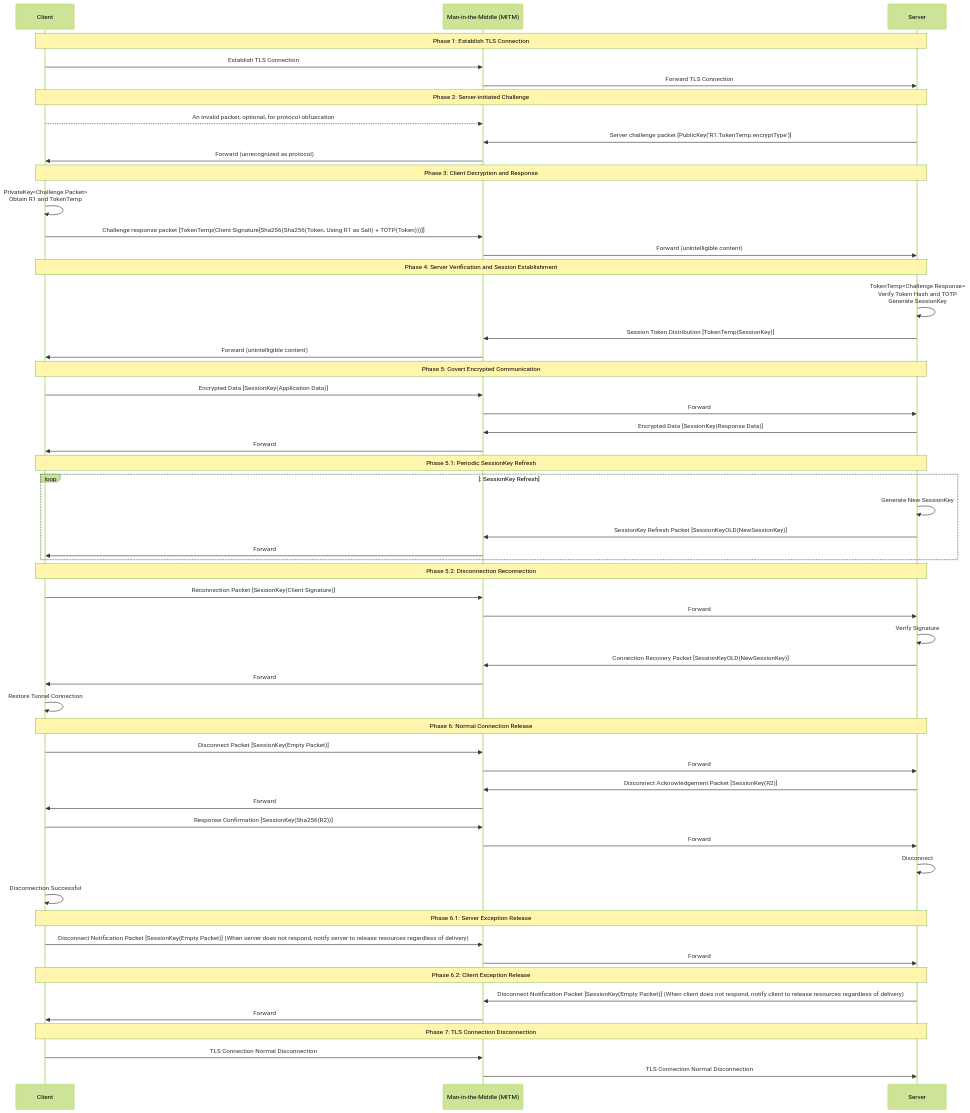
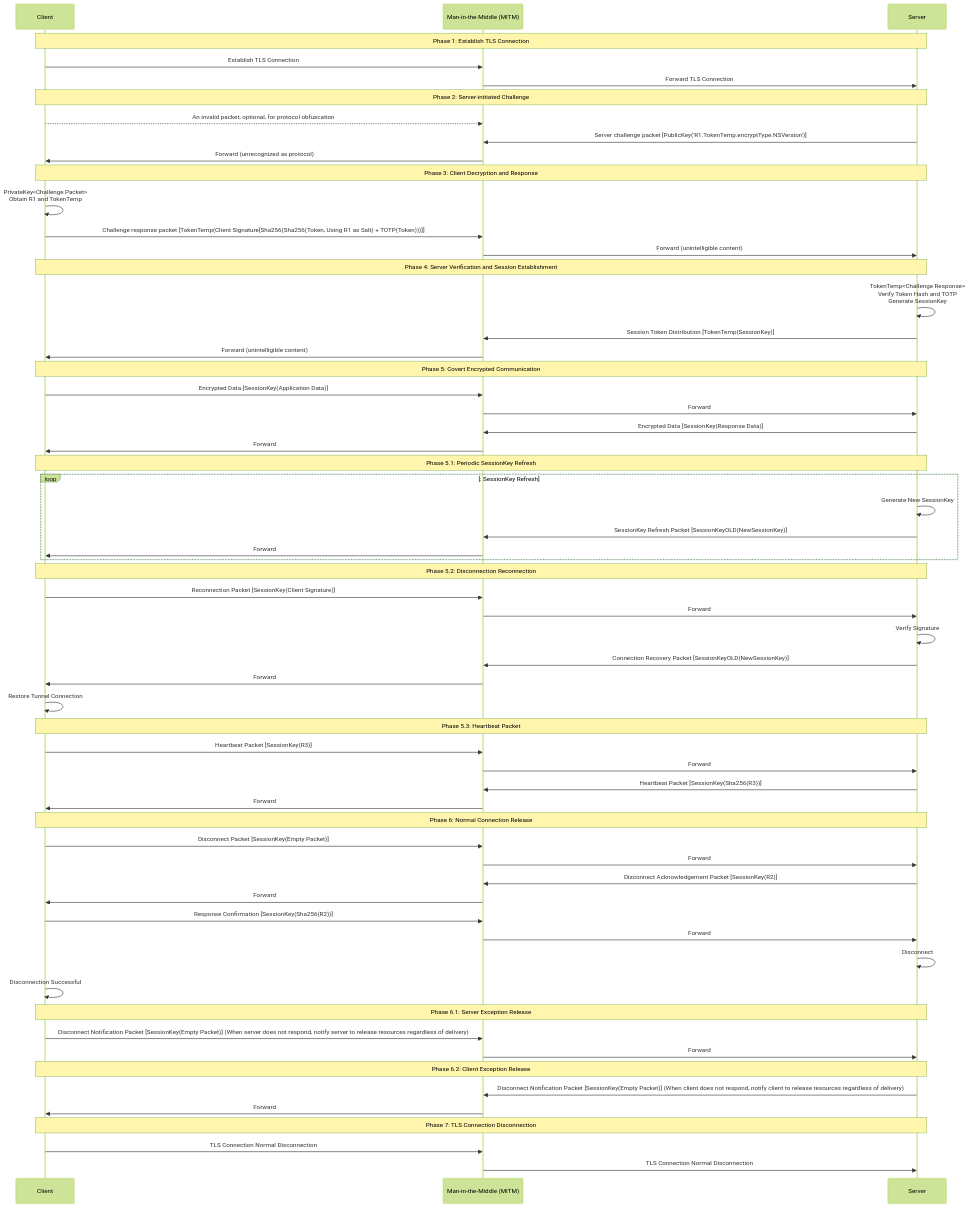
One commit to cube-open/NitroSocks changed the diagram in docs/enus.md. Above: the diagram before and after it, drawn with Mermaid (forest theme). The commit also changed other lines of this file, not shown here.

````diff
--- a/docs/enus.md
+++ b/docs/enus.md
@@ -9,69 +19,74 @@
 ```mermaid
 sequenceDiagram
     participant C as Client
     participant M as Man-in-the-Middle (MITM)
     participant S as Server
 
     Note over C,S: Phase 1: Establish TLS Connection
     C->>M: Establish TLS Connection
     M->>S: Forward TLS Connection
-    
+
     Note over C,S: Phase 2: Server-initiated Challenge
     C-->>M: An invalid packet, optional, for protocol obfuscation
-    S->>M: Server challenge packet [PublicKey('R1.TokenTemp.encryptType')]
+    S->>M: Server challenge packet [PublicKey('R1.TokenTemp.encryptType.NSVersion')]
     M->>C: Forward (unrecognized as protocol)
-    
+
     Note over C,S: Phase 3: Client Decryption and Response
     C->>C: PrivateKey<Challenge Packet><br>Obtain R1 and TokenTemp
-    C->>M: Challenge response packet [TokenTemp(Client Signature[Sha256(Sha256(Token, Using R1 as Salt) + TOTP(Token)))]] 
+    C->>M: Challenge response packet [TokenTemp(Client Signature[Sha256(Sha256(Token, Using R1 as Salt) + TOTP(Token)))]]
     M->>S: Forward (unintelligible content)
-    
+
     Note over C,S: Phase 4: Server Verification and Session Establishment
     S->>S: TokenTemp<Challenge Response><br>Verify Token Hash and TOTP<br>Generate SessionKey
     S->>M: Session Token Distribution [TokenTemp(SessionKey)]
     M->>C: Forward (unintelligible content)
-    
+
     Note over C,S: Phase 5: Covert Encrypted Communication
     C->>M: Encrypted Data [SessionKey(Application Data)]
     M->>S: Forward
     S->>M: Encrypted Data [SessionKey(Response Data)]
     M->>C: Forward
 
     Note over C,S: Phase 5.1: Periodic SessionKey Refresh
     loop: SessionKey Refresh
     S->>S: Generate New SessionKey
     S->>M: SessionKey Refresh Packet [SessionKeyOLD(NewSessionKey)]
     M->>C: Forward
     End
 
     Note over C,S: Phase 5.2: Disconnection Reconnection
     C->>M: Reconnection Packet [SessionKey(Client Signature)]
     M->>S: Forward
     S->>S: Verify Signature
     S->>M: Connection Recovery Packet [SessionKeyOLD(NewSessionKey)]
     M->>C: Forward
     C->>C: Restore Tunnel Connection
 
+    Note over C,S: Phase 5.3: Heartbeat Packet
+    C->>M: Heartbeat Packet [SessionKey(R3)]
+    M->>S: Forward
+    S->>M: Heartbeat Packet [SessionKey(Sha256(R3))]
+    M->>C: Forward
+
     Note over C,S: Phase 6: Normal Connection Release
     C->>M: Disconnect Packet [SessionKey(Empty Packet)]
     M->>S: Forward
     S->>M: Disconnect Acknowledgement Packet [SessionKey(R2)]
     M->>C: Forward
     C->>M: Response Confirmation [SessionKey(Sha256(R2))]
     M->>S: Forward
     S->>S: Disconnect
     C->>C: Disconnection Successful
 
     Note over C,S: Phase 6.1: Server Exception Release
     C->>M: Disconnect Notification Packet [SessionKey(Empty Packet)] (When server does not respond, notify server to release resources regardless of delivery)
     M->>S: Forward
-    
+
     Note over C,S: Phase 6.2: Client Exception Release
     S->>M: Disconnect Notification Packet [SessionKey(Empty Packet)] (When client does not respond, notify client to release resources regardless of delivery)
     M->>C: Forward
-
 
     Note over C,S: Phase 7: TLS Connection Disconnection
     C->>M: TLS Connection Normal Disconnection
     M->>S: TLS Connection Normal Disconnection
 ```
````
